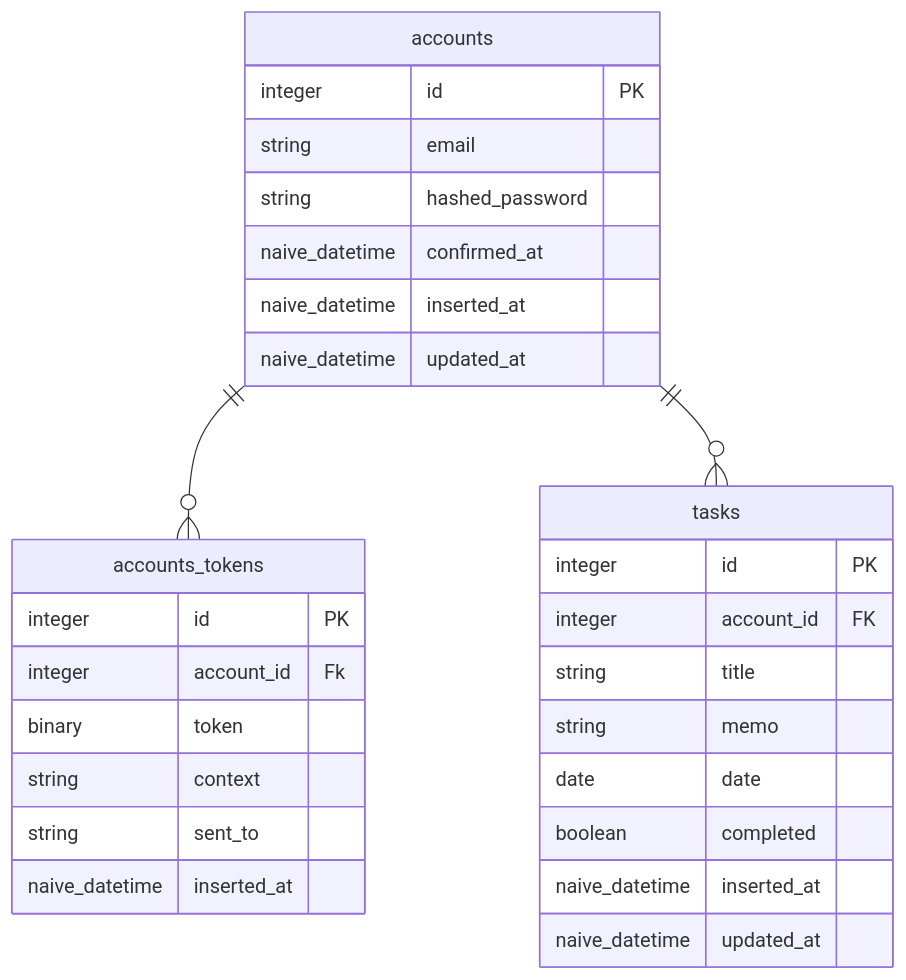
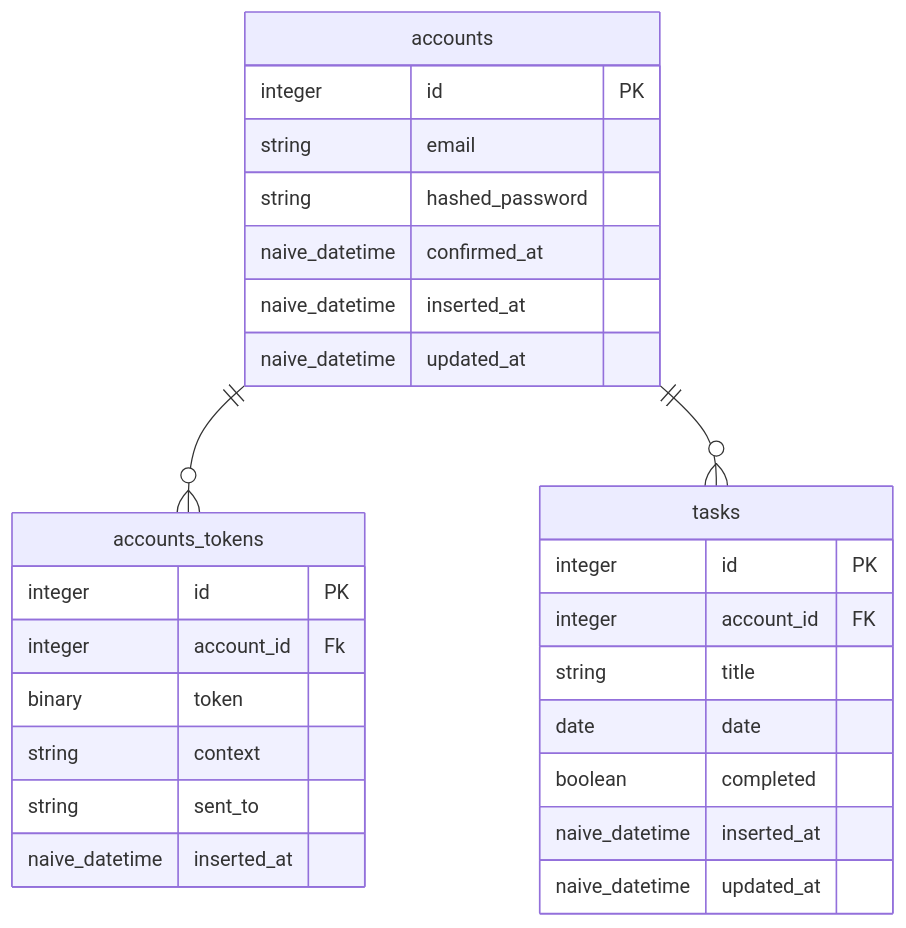
One commit to suzuki-t0505/test_todo_app changed the diagram in README.md. Above: the diagram before and after it, drawn with Mermaid. The commit also changed 2 other files, not shown here.

````diff
--- a/README.md
+++ b/README.md
@@ -22,35 +22,34 @@
 ```mermaid
 erDiagram
 
 accounts ||--o{ accounts_tokens: ""
 accounts ||--o{ tasks: ""
 
 accounts {
   integer id PK
   string email
   string hashed_password
   naive_datetime confirmed_at
   naive_datetime inserted_at
   naive_datetime updated_at
 }
 
 accounts_tokens {
   integer id PK
   integer account_id Fk
   binary token
   string context
   string sent_to
   naive_datetime inserted_at
 }
 
 tasks {
   integer id PK
   integer account_id FK
   string title
-  string memo
   date date
   boolean completed
   naive_datetime inserted_at
   naive_datetime updated_at
 }
 ```
````
